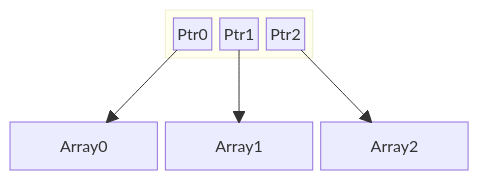
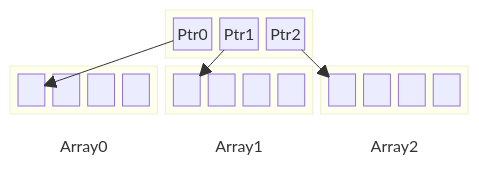
Before and after one commit to tcantenot/tcantenot.github.io: the sixth of 8 diagrams in _drafts/memory_arena_containers_part_1.md, drawn with Mermaid. The commit also changed other lines of this file and 1 other file, not shown here.

````diff
--- a/_drafts/memory_arena_containers_part_1.md
+++ b/_drafts/memory_arena_containers_part_1.md
@@ -126,18 +126,40 @@
 ```mermaid
 block-beta
 columns 3
 space
 block:PtrArray
 	Ptr0["Ptr0"]
 	Ptr1["Ptr1"]
 	Ptr2["Ptr2"]
 end
 space
-space:3
-Array0["Array0"]
-Array1["Array1"]
-Array2["Array2"]
-Ptr0 --> Array0
-Ptr1 --> Array1
-Ptr2 --> Array2
+block:Array0_
+Slot00[" "]
+Slot01[" "]
+Slot02[" "]
+Slot03[" "]
+end
+block:Array1_
+Slot10[" "]
+Slot11[" "]
+Slot12[" "]
+Slot13[" "]
+end
+block:Array2_
+	Slot20[" "]
+	Slot21[" "]
+	Slot22[" "]
+	Slot23[" "]
+end
+Array0Label["Array0"]
+Array1Label["Array1"]
+Array2Label["Array2"]
+
+Ptr0 --> Slot00
+Ptr1 --> Slot10
+Ptr2 --> Slot20
+
+style Array0Label fill:#0000,stroke-width:0px
+style Array1Label fill:#0000,stroke-width:0px
+style Array2Label fill:#0000,stroke-width:0px
 ```
````
